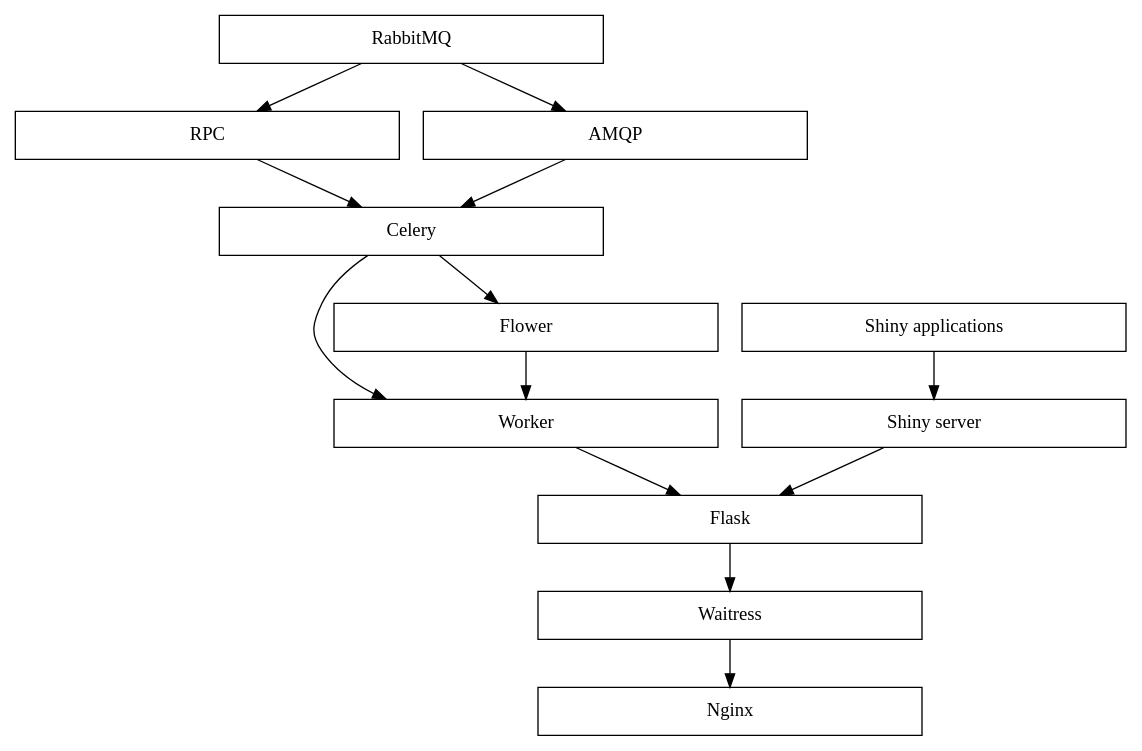
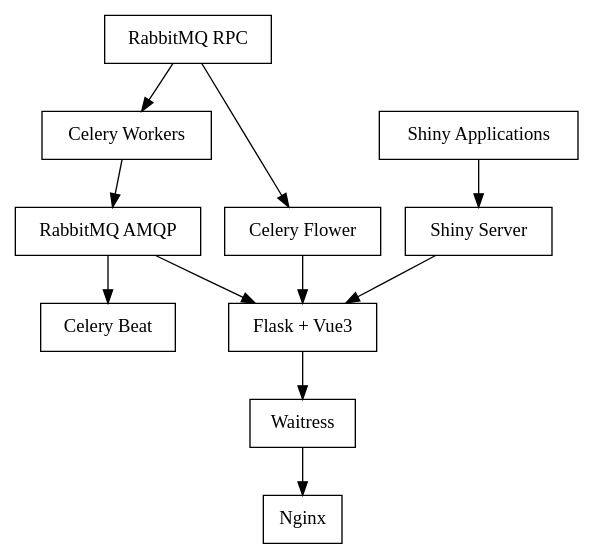
Before and after one commit to ljw20180420/rearr: the diagram in flask_project/netStruct.gv, drawn with Graphviz. The commit also changed 28 other files, not shown here.

Commit message:
complete flask app, add beat schedule to clear tmp files

```diff
--- a/flask_project/netStruct.gv
+++ b/flask_project/netStruct.gv
@@ -1,23 +1,23 @@
-# export by: dot -Tpdf -o netStruct.pdf netStruct.gv
+# export by: dot -Tpng -o netStruct.png netStruct.gv
 
 digraph netStruct
 {
-    graph [layout = dot]
+    graph [rankdir=TB]
 
-    node [shape = rectangle, width = 4, fillcolor = Biege]
-    flask [label = "Flask"]
-    celery [label = "Celery"]
-    rabbitmq [label = "RabbitMQ"]
-    rpc [label = "RPC"]
-    amqp [label = "AMQP"]
-    worker [label = "Worker"]
-    flower [label = "Flower"]
-    shinyServer [label = "Shiny server"]
-    shinyApp [label = "Shiny applications"]
+    node [shape = box]
+    flaskVue3 [label = "Flask + Vue3"]
+    celeryWorkers [label = "Celery Workers"]
+    celeryBeat [label = "Celery Beat"]
+    celeryFlower [label = "Celery Flower"]
+    rabbitmqRPC [label = "RabbitMQ RPC"]
+    rabbitmqAMQP [label = "RabbitMQ AMQP"]
+    shinyServer [label = "Shiny Server"]
+    shinyApp [label = "Shiny Applications"]
     waitress [label = "Waitress"]
     nginx [label = "Nginx"]
 
-    rabbitmq -> amqp -> celery -> worker -> flask -> waitress -> nginx
-    rabbitmq -> rpc -> celery -> flower -> worker
-    shinyApp -> shinyServer -> flask
+    rabbitmqRPC -> celeryWorkers -> rabbitmqAMQP -> flaskVue3 -> waitress -> nginx
+    rabbitmqRPC -> celeryFlower -> flaskVue3
+    rabbitmqAMQP -> celeryBeat
+    shinyApp -> shinyServer -> flaskVue3
 }
```
